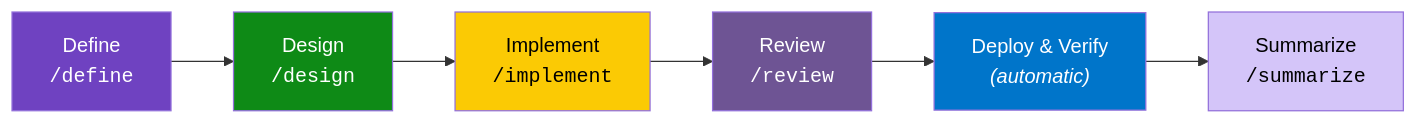
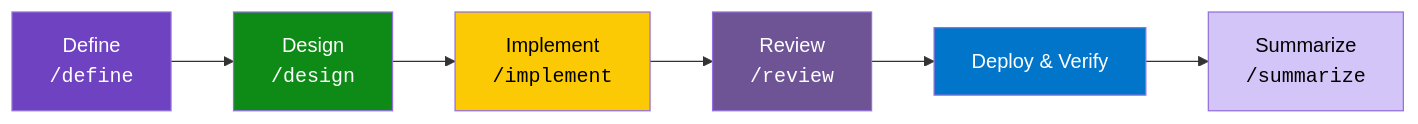
The second of 3 diagrams in docs/concepts.md (suniljames/directives), drawn with Mermaid before and after one commit. The commit also changed other lines of this file and 76 other files, not shown here.

````diff
--- a/docs/concepts.md
+++ b/docs/concepts.md
@@ -108,15 +108,15 @@
 ```mermaid
 graph LR
     A["Define<br/><code>/define</code>"] --> B["Design<br/><code>/design</code>"]
     B --> C["Implement<br/><code>/implement</code>"]
     C --> D["Review<br/><code>/review</code>"]
-    D --> E["Deploy & Verify<br/><em>(automatic)</em>"]
+    D --> E["Deploy & Verify"]
     E --> F["Summarize<br/><code>/summarize</code>"]
 
     style A fill:#6f42c1,color:#fff
     style B fill:#0e8a16,color:#fff
     style C fill:#fbca04,color:#000
     style D fill:#6e5494,color:#fff
     style E fill:#0075ca,color:#fff
     style F fill:#d4c5f9,color:#000
 ```
````
